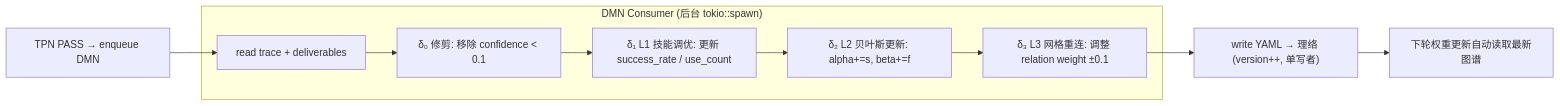
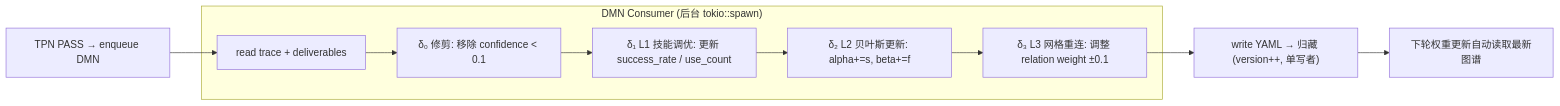
One commit to wenge6090-tech/taiji changed the seventh of 7 diagrams in BCP-蓝图-完型协议.md. Above: the diagram before and after it, drawn with Mermaid. The commit also changed other lines of this file and 11 other files, not shown here.

````diff
--- a/BCP-蓝图-完型协议.md
+++ b/BCP-蓝图-完型协议.md
@@ -554,14 +574,14 @@
 ```mermaid
 flowchart LR
     PASS["TPN PASS → enqueue DMN"] --> READ["read trace + deliverables"]
 
     subgraph "DMN Consumer (后台 tokio::spawn)"
         READ --> D0["δ₀ 修剪: 移除 confidence < 0.1"]
         D0 --> D1["δ₁ L1 技能调优: 更新 success_rate / use_count"]
         D1 --> D2["δ₂ L2 贝叶斯更新: alpha+=s, beta+=f"]
         D2 --> D3["δ₃ L3 网格重连: 调整 relation weight ±0.1"]
     end
 
-    D3 --> WRITE["write YAML → 理络 (version++, 单写者)"]
+    D3 --> WRITE["write YAML → 归藏 (version++, 单写者)"]
     WRITE --> NEXT["下轮权重更新自动读取最新图谱"]
 ```
````
